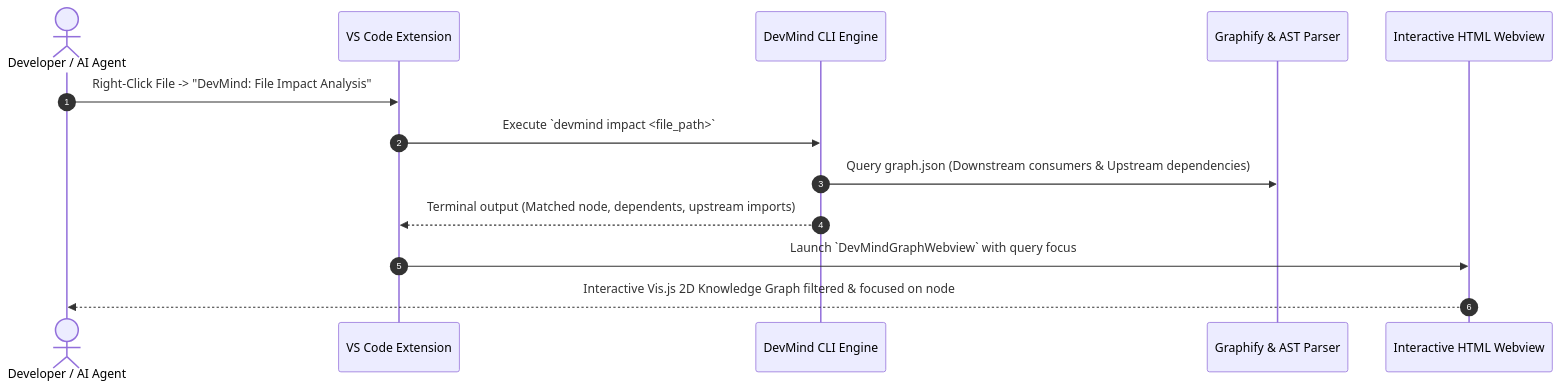
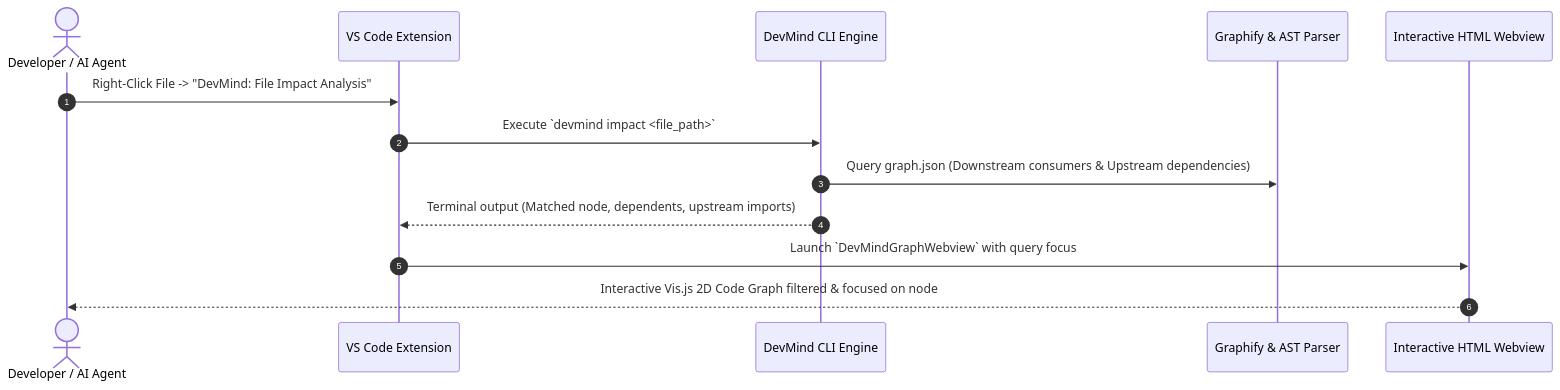
Before and after one commit to devinvento/DevMind: the second of 2 diagrams in README.md, drawn with Mermaid. The commit also changed other lines of this file and 13 other files, not shown here.

Commit message:
refactor: rename Knowledge Graph terminology to Code Graph throughout project documentation and VS Code extension

````diff
--- a/README.md
+++ b/README.md
@@ -51,16 +51,16 @@
 ```mermaid
 sequenceDiagram
     autonumber
     actor User as Developer / AI Agent
     participant VSCode as VS Code Extension
     participant CLI as DevMind CLI Engine
     participant Graphify as Graphify & AST Parser
     participant Webview as Interactive HTML Webview
 
     User->>VSCode: Right-Click File -> "DevMind: File Impact Analysis"
     VSCode->>CLI: Execute `devmind impact <file_path>`
     CLI->>Graphify: Query graph.json (Downstream consumers & Upstream dependencies)
     CLI-->>VSCode: Terminal output (Matched node, dependents, upstream imports)
     VSCode->>Webview: Launch `DevMindGraphWebview` with query focus
-    Webview-->>User: Interactive Vis.js 2D Knowledge Graph filtered & focused on node
+    Webview-->>User: Interactive Vis.js 2D Code Graph filtered & focused on node
 ```
````
